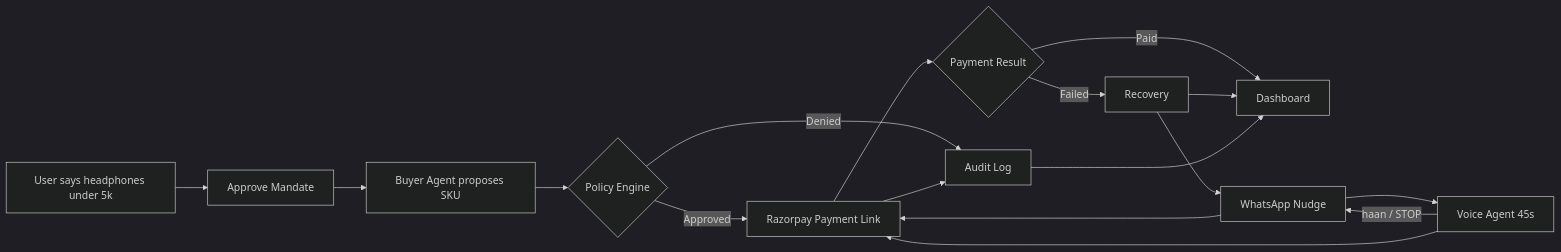
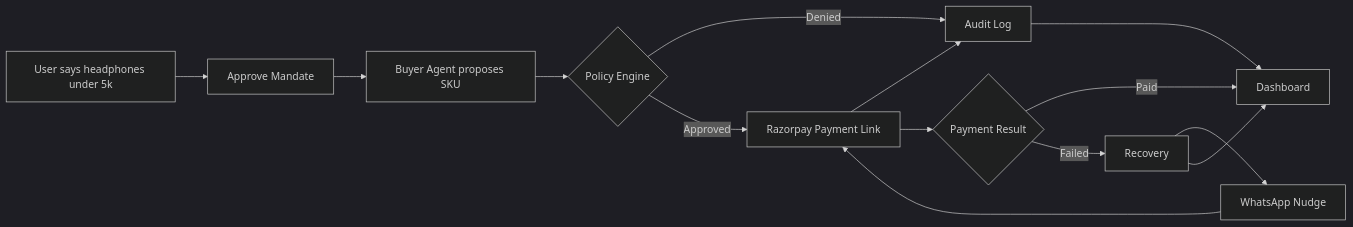
One commit to Eros483/RekhaVasool changed the diagram in README.md. Above: the diagram before and after it, drawn with Mermaid (dark theme). The commit also changed other lines of this file, not shown here.

Commit message:
docs: clean readme — keep problem/what-we-prove, drop voice/numbers/hash, table only

````diff
--- a/README.md
+++ b/README.md
@@ -27,19 +26,16 @@
 ```mermaid
 flowchart LR
     A[User says headphones under 5k] --> B[Approve Mandate]
     B --> C[Buyer Agent proposes SKU]
     C --> D{Policy Engine}
     D -->|Denied| E[Audit Log]
     D -->|Approved| F[Razorpay Payment Link]
     F --> E
     F --> G{Payment Result}
     G -->|Paid| H[Dashboard]
     G -->|Failed| I[Recovery]
     I --> J[WhatsApp Nudge]
-    J --> K[Voice Agent 45s]
-    K -->|haan / STOP| J
-    K --> F
     J --> F
     I --> H
     E --> H
 ```
````
